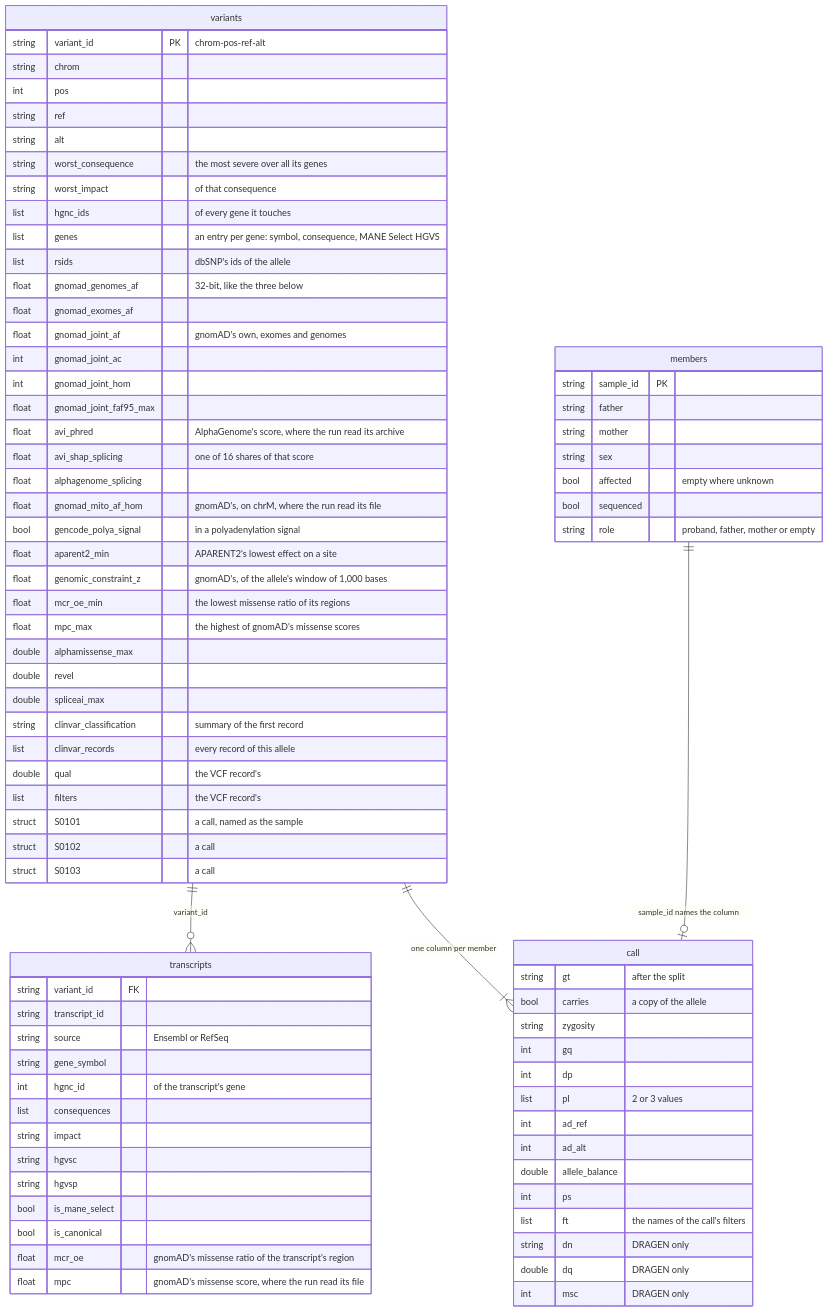
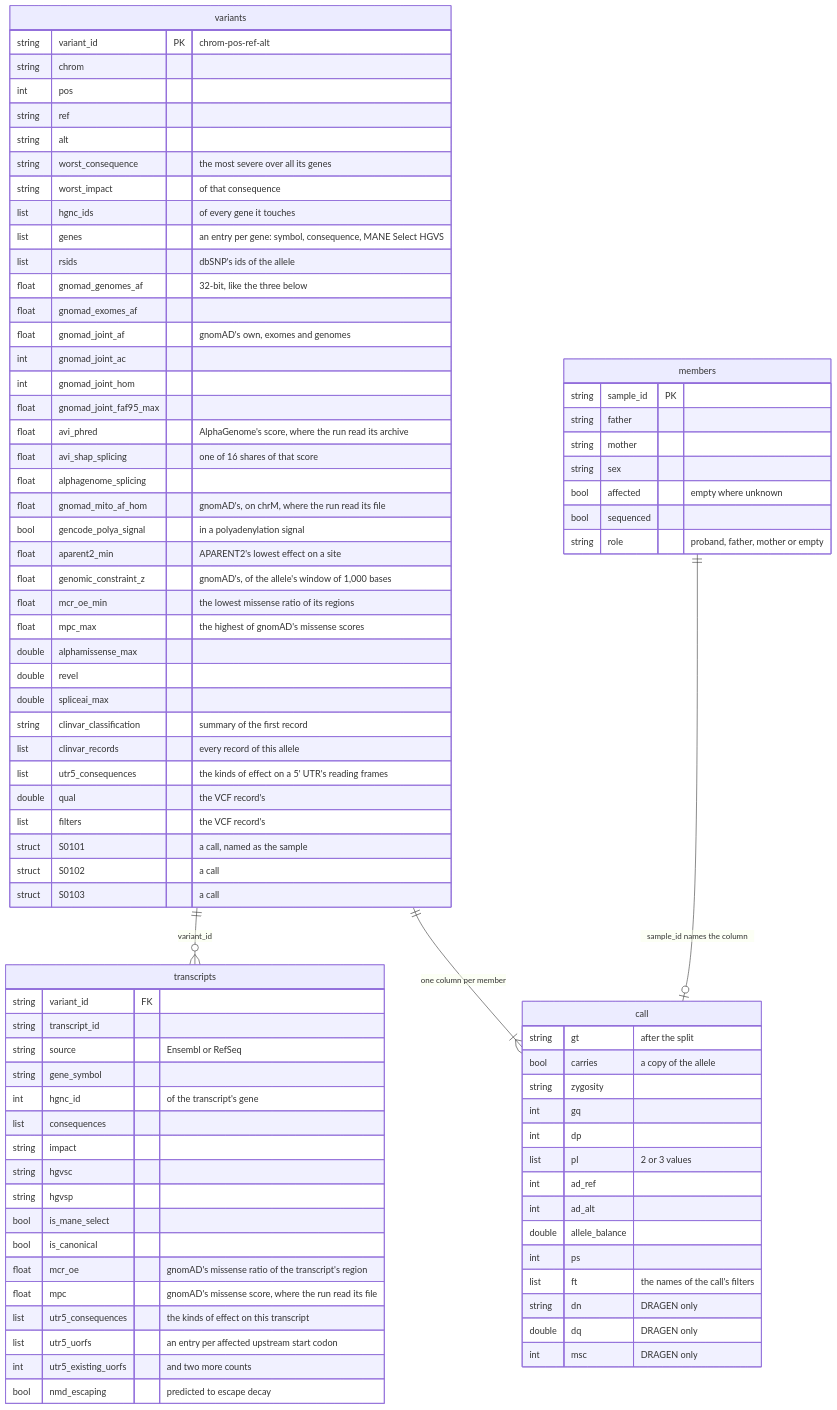
Before and after one commit to populationgenomics/case-annotation-pipeline: the second of 4 diagrams in docs/family-tables.md, drawn with Mermaid. The commit also changed other lines of this file and 14 other files, not shown here.

```diff
--- a/docs/family-tables.md
+++ b/docs/family-tables.md
@@ -125,6 +125,7 @@
         double spliceai_max
         string clinvar_classification "summary of the first record"
         list clinvar_records "every record of this allele"
+        list utr5_consequences "the kinds of effect on a 5' UTR's reading frames"
         double qual "the VCF record's"
         list filters "the VCF record's"
         struct S0101 "a call, named as the sample"
@@ -145,6 +146,10 @@
         bool is_canonical
         float mcr_oe "gnomAD's missense ratio of the transcript's region"
         float mpc "gnomAD's missense score, where the run read its file"
+        list utr5_consequences "the kinds of effect on this transcript"
+        list utr5_uorfs "an entry per affected upstream start codon"
+        int utr5_existing_uorfs "and two more counts"
+        bool nmd_escaping "predicted to escape decay"
     }
     call {
         string gt "after the split"
```
